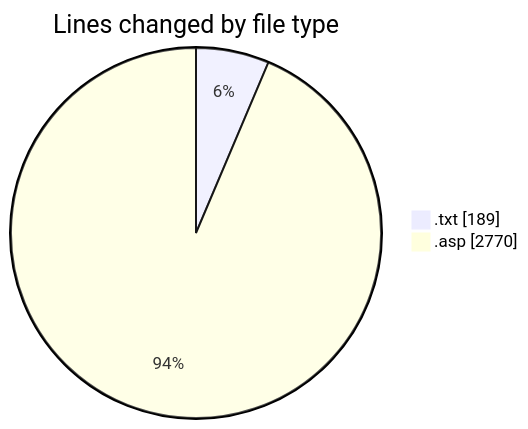
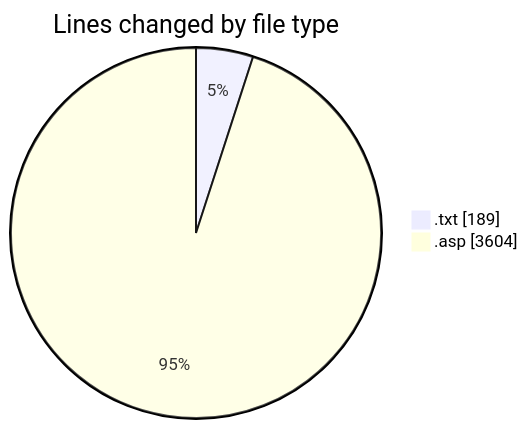
The first of 2 diagrams in 2025-11-07/cdp_aleoudev_fr__workspace_/README.md (julien-gomy/code-tracking), drawn with Mermaid before and after one commit. The commit also changed other lines of this file and 1 other file, not shown here.

````diff
--- a/2025-11-07/cdp_aleoudev_fr__workspace_/README.md
+++ b/2025-11-07/cdp_aleoudev_fr__workspace_/README.md
@@ -23,6 +24,6 @@
 ```mermaid
 pie showData
 title Lines changed by file type
 ".txt" : 189
-".asp" : 2770
+".asp" : 3604
 ```
````
